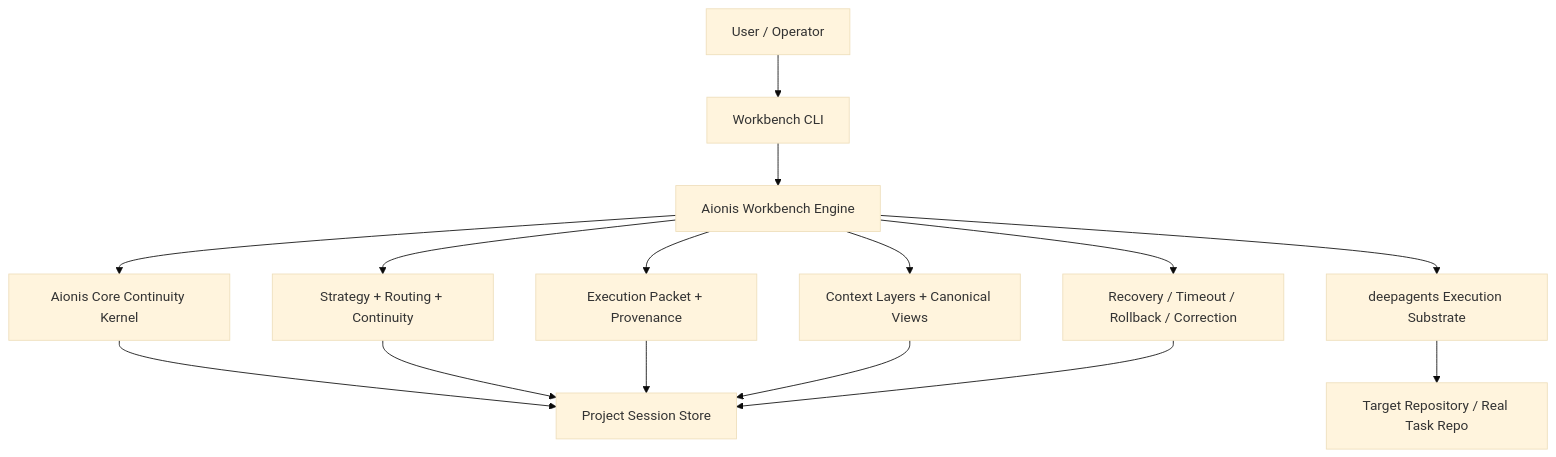
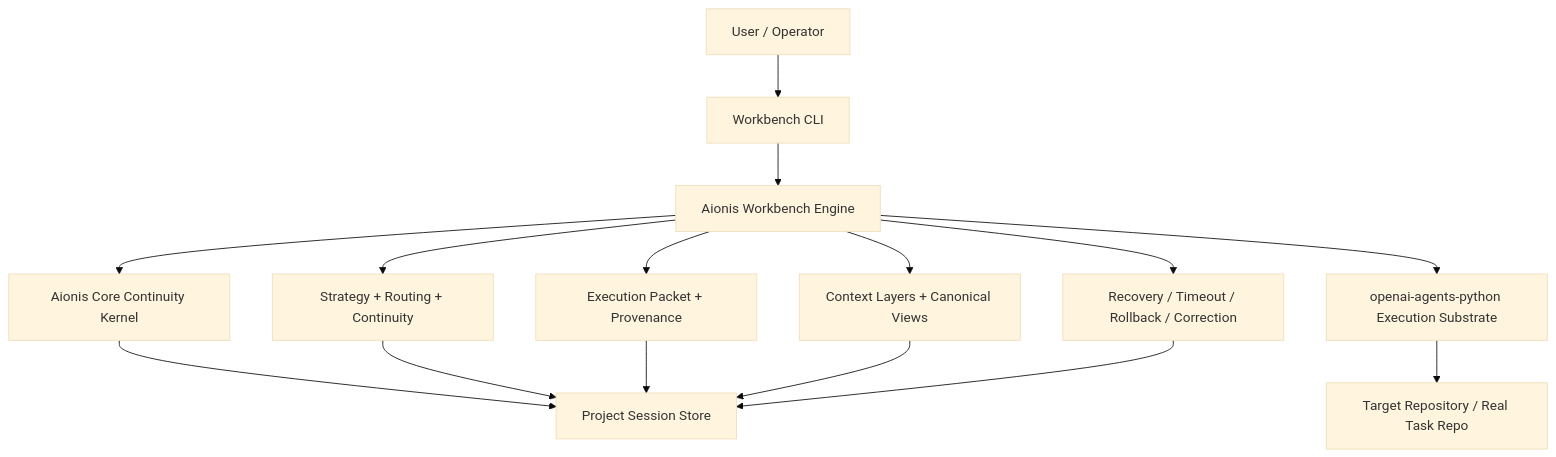
One commit to ostinatocc/workbench changed the diagram in docs/product/2026-04-01-aionis-workbench-overview.md. Above: the diagram before and after it, drawn with Mermaid (base theme). The commit also changed other lines of this file and 20 other files, not shown here.

Commit message:
Cut over Workbench to openai-agents host

````diff
--- a/docs/product/2026-04-01-aionis-workbench-overview.md
+++ b/docs/product/2026-04-01-aionis-workbench-overview.md
@@ -90,17 +90,17 @@
 ```mermaid
 flowchart TD
     U["User / Operator"] --> CLI["Workbench CLI"]
     CLI --> WB["Aionis Workbench Engine"]
     WB --> STRAT["Strategy + Routing + Continuity"]
     WB --> PACKET["Execution Packet + Provenance"]
     WB --> CTX["Context Layers + Canonical Views"]
     WB --> REC["Recovery / Timeout / Rollback / Correction"]
-    WB --> DS["deepagents Execution Substrate"]
+    WB --> DS["openai-agents-python Execution Substrate"]
     WB --> CORE["Aionis Core Continuity Kernel"]
     DS --> REPO["Target Repository / Real Task Repo"]
     CORE --> STORE["Project Session Store"]
     STRAT --> STORE
     PACKET --> STORE
     CTX --> STORE
     REC --> STORE
 ```
````
